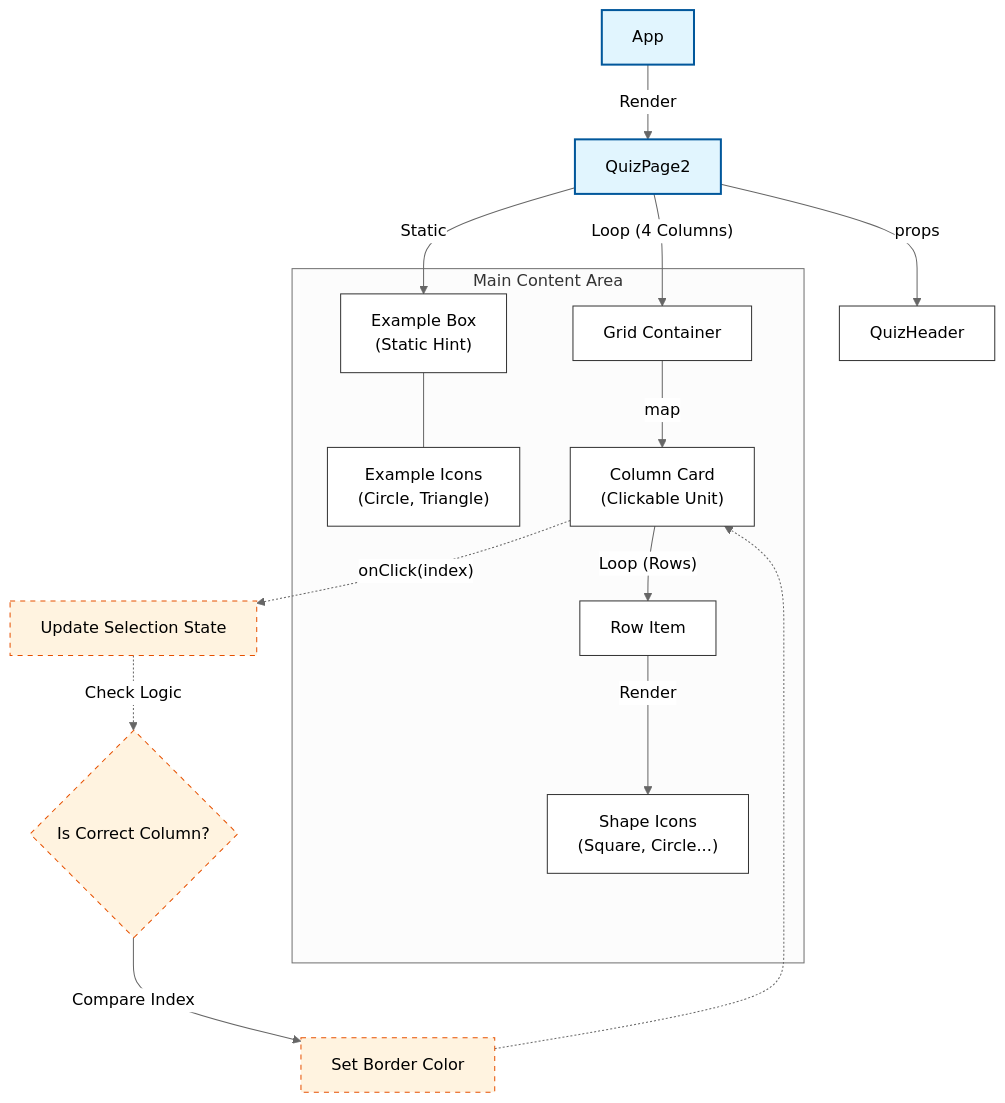
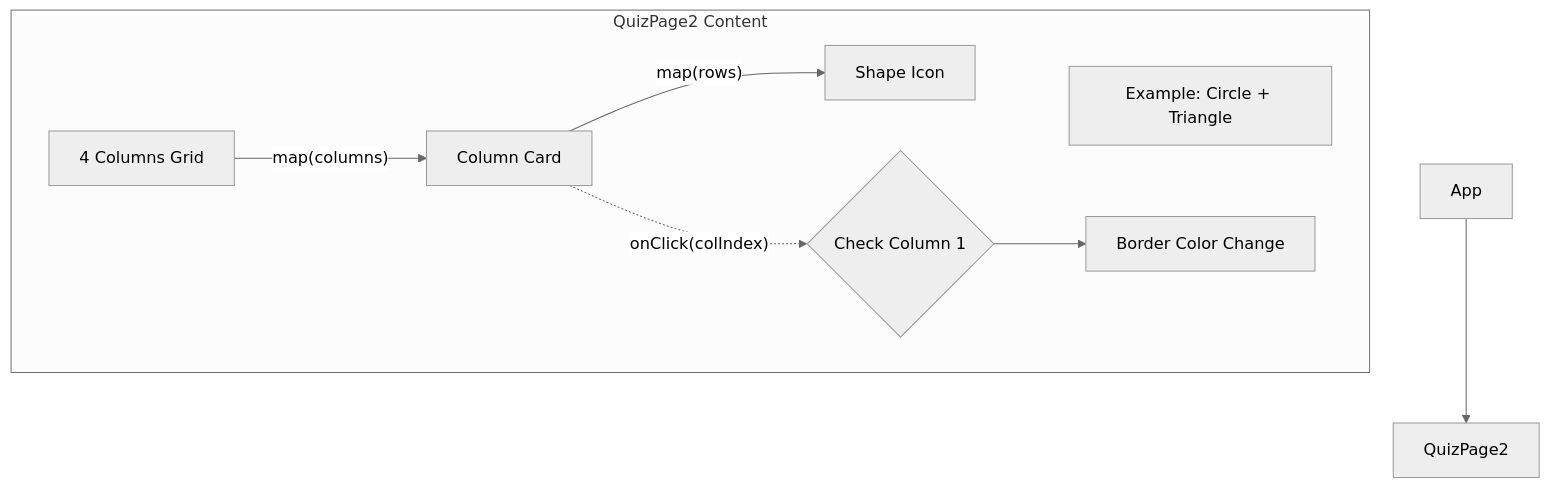
One commit to ABE0402/Cross-platform changed the second of 3 diagrams in README.md. Above: the diagram before and after it, drawn with Mermaid (neutral theme). The commit also changed other lines of this file, not shown here.

````diff
--- a/README.md
+++ b/README.md
@@ -38,45 +60,15 @@
 ```mermaid
 graph TD
-    %% 노드 정의
-    App[App]
-    QuizPage2[QuizPage2]
-    QuizHeader[QuizHeader]
+    App[App] --> QuizPage2
     
-    subgraph ContentArea [Main Content Area]
-        ExampleBlock["Example Box<br/>(Static Hint)"]
-        ExampleIcons["Example Icons<br/>(Circle, Triangle)"]
+    subgraph QuizPage2 Content
+        ExampleBlock[Example: Circle + Triangle]
+        GridContainer[4 Columns Grid]
         
-        GridContainer[Grid Container]
-        ColumnCard["Column Card<br/>(Clickable Unit)"]
-        RowItem[Row Item]
-        ShapeIcon["Shape Icons<br/>(Square, Circle...)"]
+        GridContainer -- "map(columns)" --> ColumnCard[Column Card]
+        ColumnCard -- "map(rows)" --> ShapeIcon[Shape Icon]
+        
+        ColumnCard -.-> |"onClick(colIndex)"| Validation{Check Column 1}
+        Validation --> Result[Border Color Change]
     end
-
-    %% 관계 연결 (Flow)
-    App -- Render --> QuizPage2
-    
-    QuizPage2 -- props --> QuizHeader
-    QuizPage2 -- Static --> ExampleBlock
-    ExampleBlock --- ExampleIcons
-    
-    QuizPage2 -- "Loop (4 Columns)" --> GridContainer
-    GridContainer -- map --> ColumnCard
-    
-    ColumnCard -- "Loop (Rows)" --> RowItem
-    RowItem -- Render --> ShapeIcon
-    
-    %% 인터랙션 및 로직
-    ColumnCard -.-> |"onClick(index)"| UpdateState[Update Selection State]
-    UpdateState -.-> |Check Logic| Logic{"Is Correct Column?"}
-    Logic -- Compare Index --> Result[Set Border Color]
-    Result -.-> ColumnCard
-
-    %% 스타일 정의
-    classDef container fill:#e1f5fe,stroke:#01579b,stroke-width:2px;
-    classDef component fill:#fff,stroke:#333,stroke-width:1px;
-    classDef logic fill:#fff3e0,stroke:#e65100,stroke-dasharray: 5 5;
-
-    class App,QuizPage2 container;
-    class QuizHeader,ExampleBlock,GridContainer,ColumnCard,RowItem,ShapeIcon,ExampleIcons component;
-    class UpdateState,Logic,Result logic;
 ```
````
